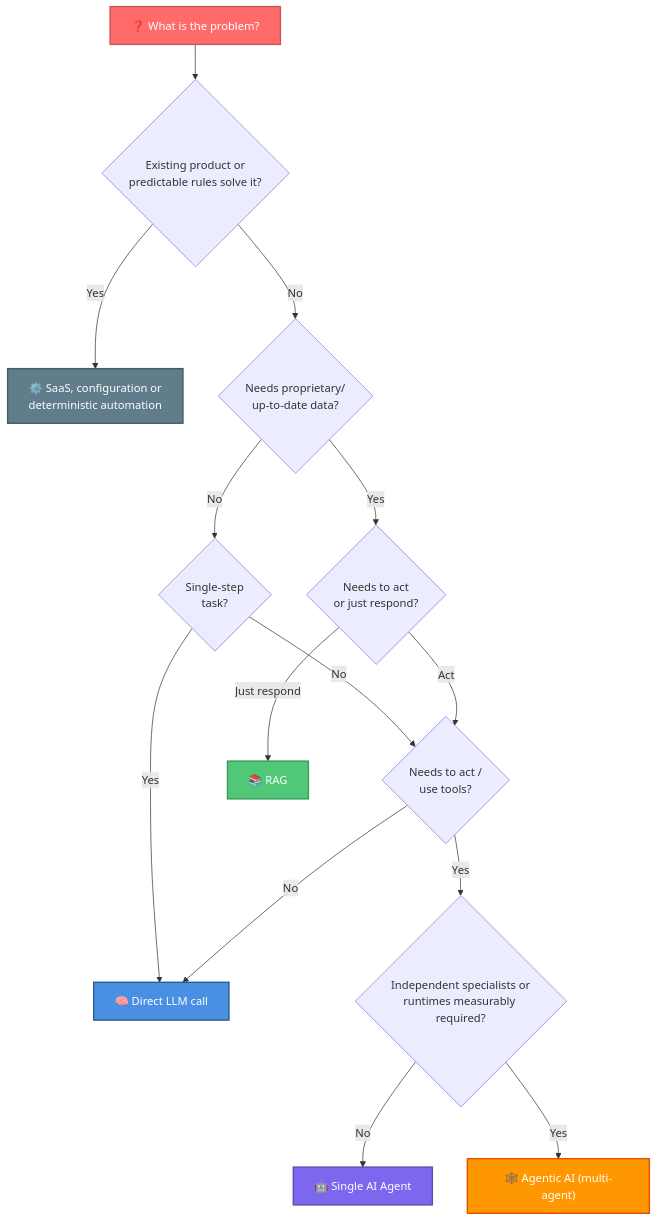
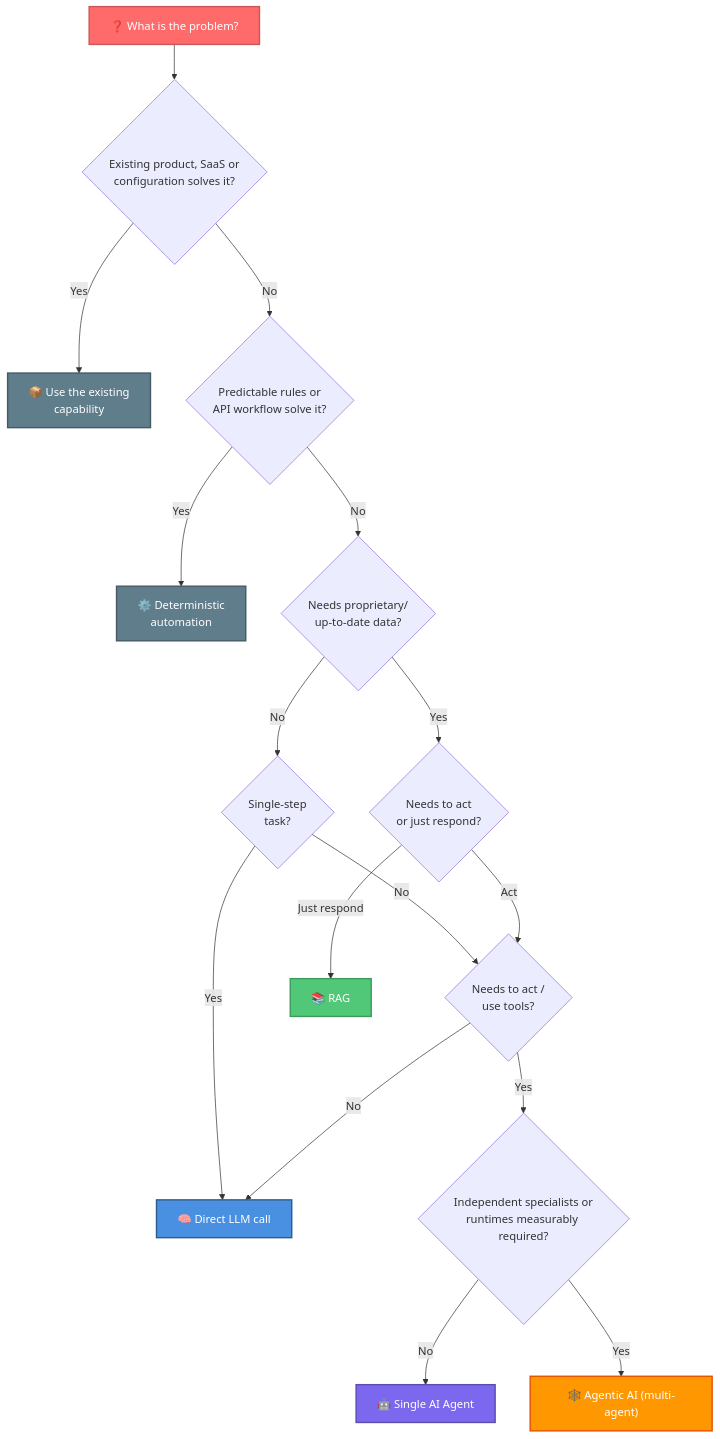
The sixth of 6 diagrams in references/01-llm-rag-ai-agent-fundamentals.md (fabioharams/hubsp-ai-skill), drawn with Mermaid before and after one commit. The commit also changed other lines of this file and 5 other files, not shown here.

````diff
--- a/references/01-llm-rag-ai-agent-fundamentals.md
+++ b/references/01-llm-rag-ai-agent-fundamentals.md
@@ -195,23 +195,26 @@
 ```mermaid
 flowchart TD
-    A["❓ What is the problem?"] --> P{"Existing product or<br/>predictable rules solve it?"}
-    P -- Yes --> SIMPLE["⚙️ SaaS, configuration or<br/>deterministic automation"]
-    P -- No --> B{"Needs proprietary/<br/>up-to-date data?"}
+    A["❓ What is the problem?"] --> P{"Existing product, SaaS or<br/>configuration solves it?"}
+    P -- Yes --> SAAS["📦 Use the existing<br/>capability"]
+    P -- No --> P2{"Predictable rules or<br/>API workflow solve it?"}
+    P2 -- Yes --> AUTO["⚙️ Deterministic<br/>automation"]
+    P2 -- No --> B{"Needs proprietary/<br/>up-to-date data?"}
     B -- No --> C{"Single-step<br/>task?"}
     C -- Yes --> LLM["🧠 Direct LLM call"]
     C -- No --> D{"Needs to act /<br/>use tools?"}
     B -- Yes --> E{"Needs to act<br/>or just respond?"}
     E -- "Just respond" --> RAG["📚 RAG"]
     E -- "Act" --> D
     D -- No --> LLM
     D -- Yes --> F{"Independent specialists or<br/>runtimes measurably required?"}
     F -- No --> AGENT["🤖 Single AI Agent"]
     F -- Yes --> MULTI["🕸️ Agentic AI (multi-agent)"]
 
     style A fill:#FF6B6B,stroke:#CC5555,color:#fff,stroke-width:2px
-    style SIMPLE fill:#607D8B,stroke:#455A64,color:#fff,stroke-width:2px
+    style SAAS fill:#607D8B,stroke:#455A64,color:#fff,stroke-width:2px
+    style AUTO fill:#607D8B,stroke:#455A64,color:#fff,stroke-width:2px
     style LLM fill:#4A90E2,stroke:#2E5C8A,color:#fff,stroke-width:2px
     style RAG fill:#50C878,stroke:#3A9B5C,color:#fff,stroke-width:2px
     style AGENT fill:#7B68EE,stroke:#5A4DB0,color:#fff,stroke-width:2px
     style MULTI fill:#FF9800,stroke:#E65100,color:#fff,stroke-width:2px
 ```
````
